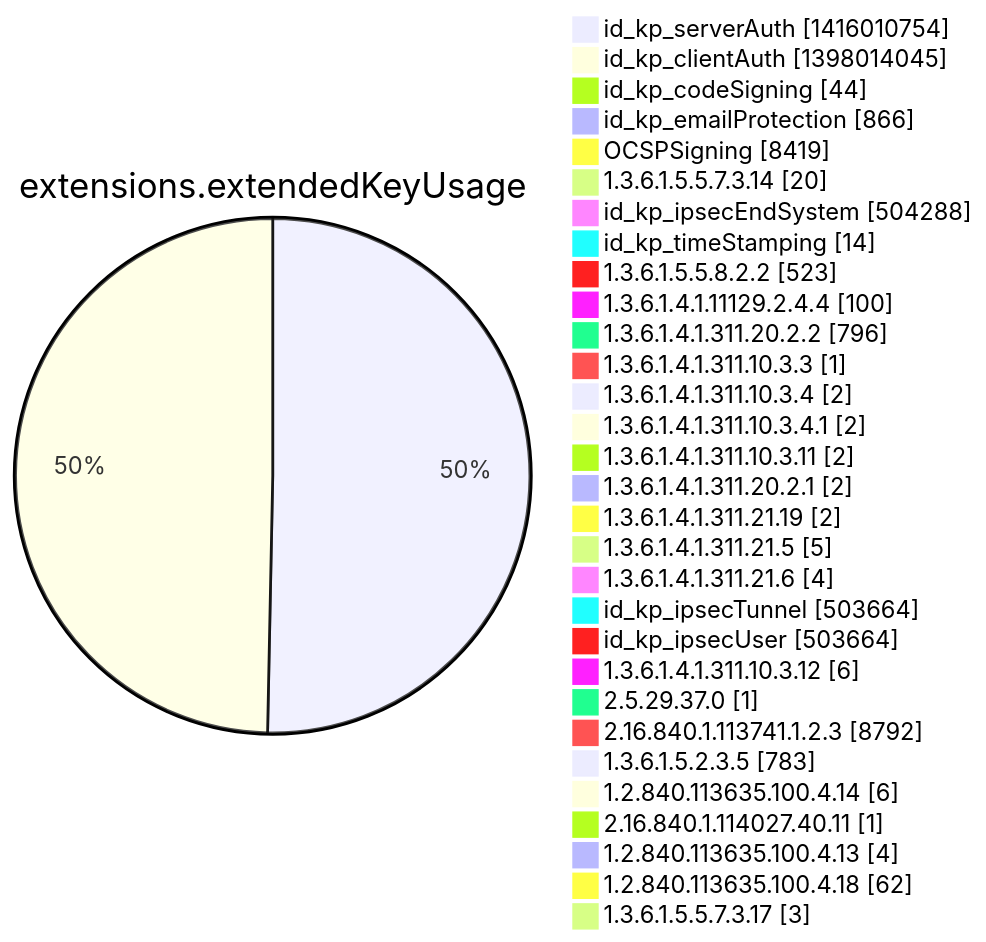
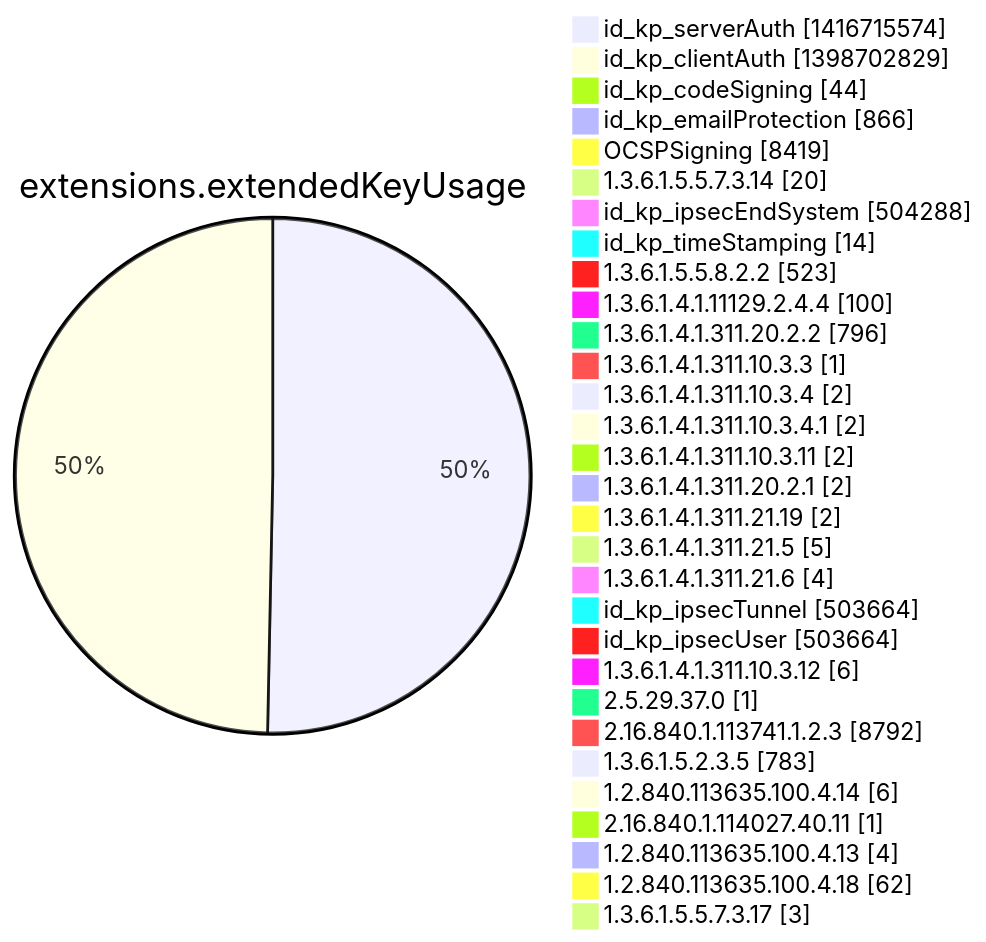
Diagram 12 of 15 in argon2022/README.md (christiankrug/ctmonitor_visualization), drawn with Mermaid before and after one commit. The commit also changed other lines of this file, not shown here.

````diff
--- a/argon2022/README.md
+++ b/argon2022/README.md
@@ -3555,34 +3555,34 @@
 ```mermaid
 pie showData
 title extensions.extendedKeyUsage
-"id_kp_serverAuth" :1416010754
-"id_kp_clientAuth" :1398014045
+"id_kp_serverAuth" :1416715574
+"id_kp_clientAuth" :1398702829
 "id_kp_codeSigning" :44
 "id_kp_emailProtection" :866
 "OCSPSigning" :8419
 "1.3.6.1.5.5.7.3.14" :20
 "id_kp_ipsecEndSystem" :504288
 "id_kp_timeStamping" :14
 "1.3.6.1.5.5.8.2.2" :523
 "1.3.6.1.4.1.11129.2.4.4" :100
 "1.3.6.1.4.1.311.20.2.2" :796
 "1.3.6.1.4.1.311.10.3.3" :1
 "1.3.6.1.4.1.311.10.3.4" :2
 "1.3.6.1.4.1.311.10.3.4.1" :2
 "1.3.6.1.4.1.311.10.3.11" :2
 "1.3.6.1.4.1.311.20.2.1" :2
 "1.3.6.1.4.1.311.21.19" :2
 "1.3.6.1.4.1.311.21.5" :5
 "1.3.6.1.4.1.311.21.6" :4
 "id_kp_ipsecTunnel" :503664
 "id_kp_ipsecUser" :503664
 "1.3.6.1.4.1.311.10.3.12" :6
 "2.5.29.37.0" :1
 "2.16.840.1.113741.1.2.3" :8792
 "1.3.6.1.5.2.3.5" :783
 "1.2.840.113635.100.4.14" :6
 "2.16.840.1.114027.40.11" :1
 "1.2.840.113635.100.4.13" :4
 "1.2.840.113635.100.4.18" :62
 "1.3.6.1.5.5.7.3.17" :3
 ```
````
